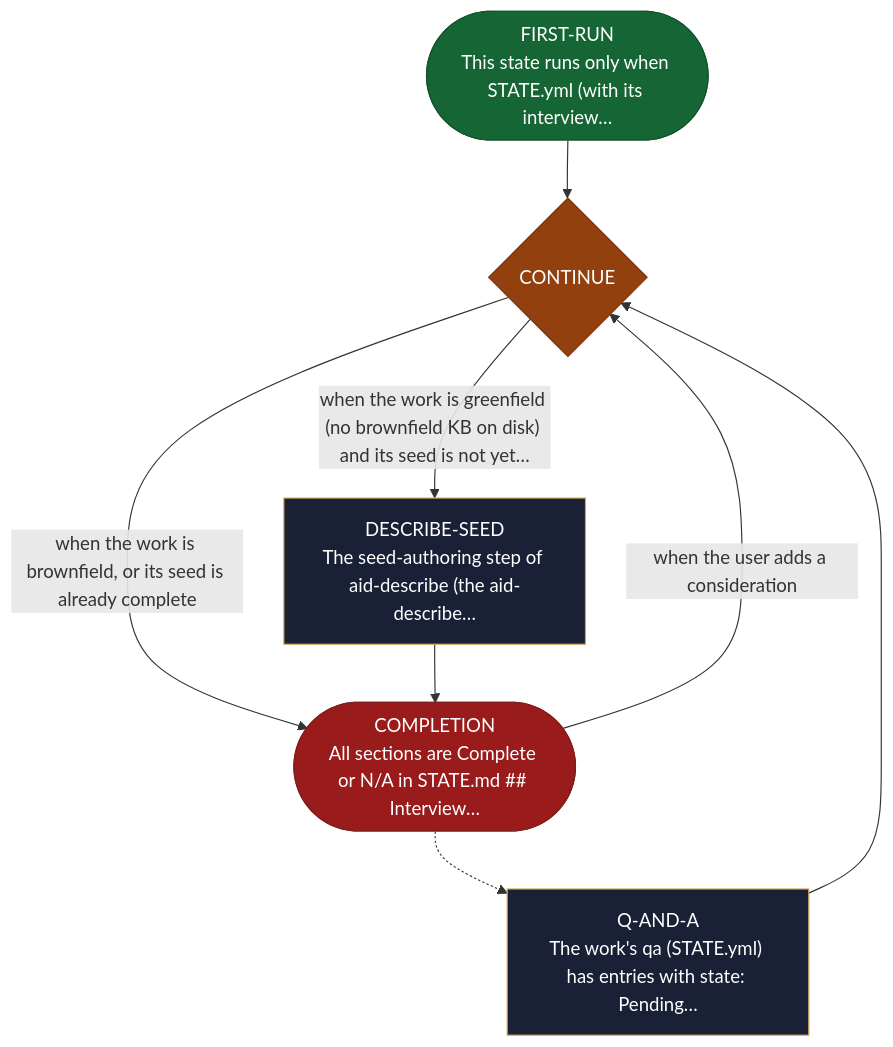
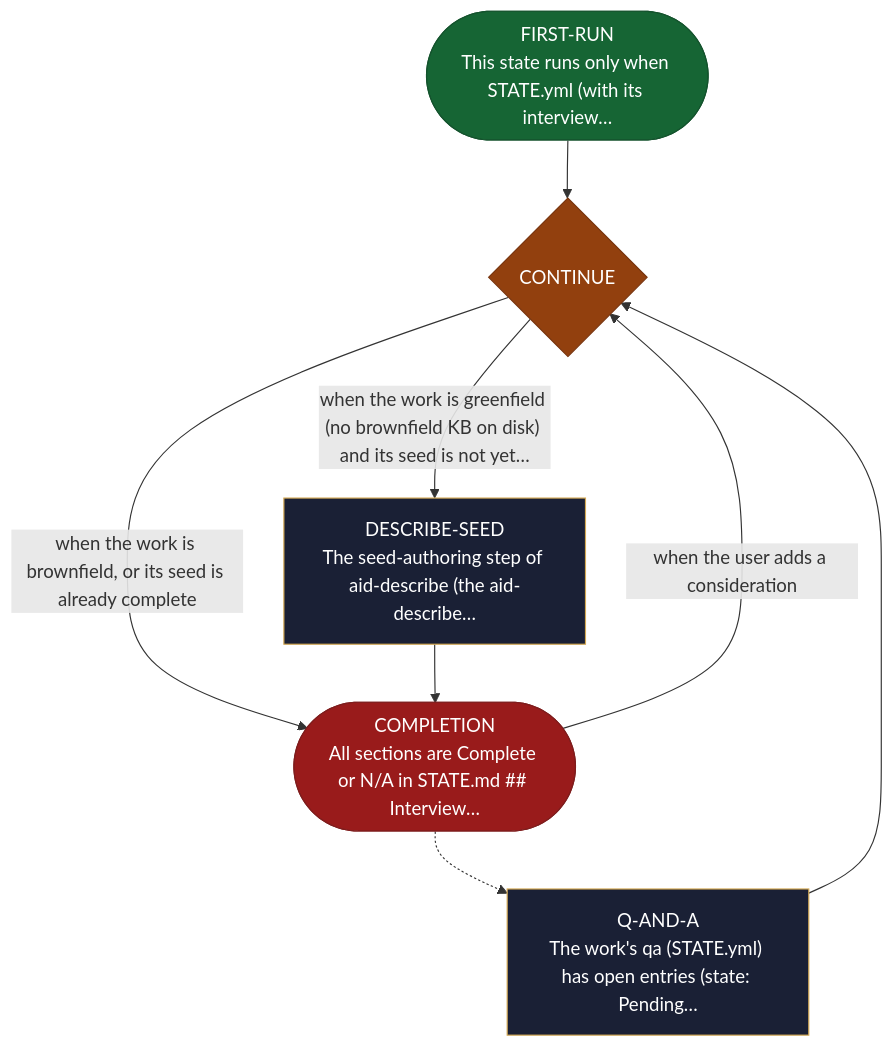
The diagram in site/src/content/docs/skills/aid-describe.md (AndreVianna/aid-methodology), drawn with Mermaid before and after one commit. The commit also changed other lines of this file and 165 other files, not shown here.

````diff
--- a/site/src/content/docs/skills/aid-describe.md
+++ b/site/src/content/docs/skills/aid-describe.md
@@ -20,31 +20,31 @@
 ```mermaid
 flowchart TB
   classDef aidNode color:#fff
   classDef aidEntry fill:#166534,stroke:#14532d,color:#fff
   classDef aidExit fill:#991b1b,stroke:#7f1d1d,color:#fff
   classDef aidDecision fill:#92400e,stroke:#78350f,color:#fff
   classDef aidLoopBack fill:#1e3a8a,stroke:#1e3a8a,color:#fff
   classDef aidStep fill:#1a2035,stroke:#d4a853,color:#f1f5f9
   n1(["FIRST-RUN<br/>This state runs only when STATE.yml (with its interview…"])
-  n2["Q-AND-A<br/>The work's qa (STATE.yml) has entries with state: Pending…"]
+  n2["Q-AND-A<br/>The work's qa (STATE.yml) has open entries (state: Pending…"]
   n3{"CONTINUE"}
   n4["DESCRIBE-SEED<br/>The seed-authoring step of aid-describe (the aid-describe…"]
   n5(["COMPLETION<br/>All sections are Complete or N/A in STATE.md ## Interview…"])
   n1 --> n3
   n2 --> n3
   n3 -->|"when the work is greenfield (no brownfield KB on disk) and its seed is not yet…"| n4
   n3 -->|"when the work is brownfield, or its seed is already complete"| n5
   n4 --> n5
   n5 -.-> n2
   n5 -->|"when the user adds a consideration"| n3
   class n1 aidEntry
   class n2 aidStep
   class n3 aidDecision
   class n4 aidStep
   class n5 aidExit
   class n1 aidNode
   class n2 aidNode
   class n3 aidNode
   class n4 aidNode
   class n5 aidNode
 ```
````
